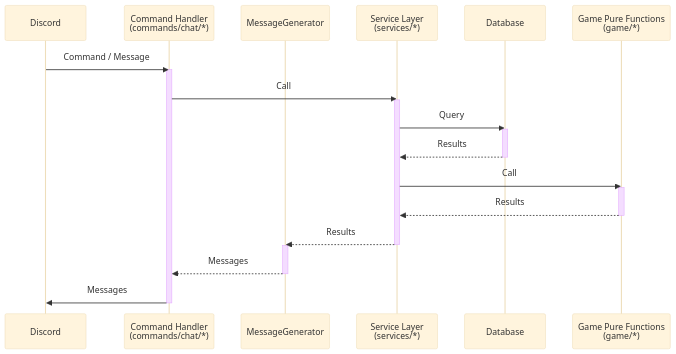
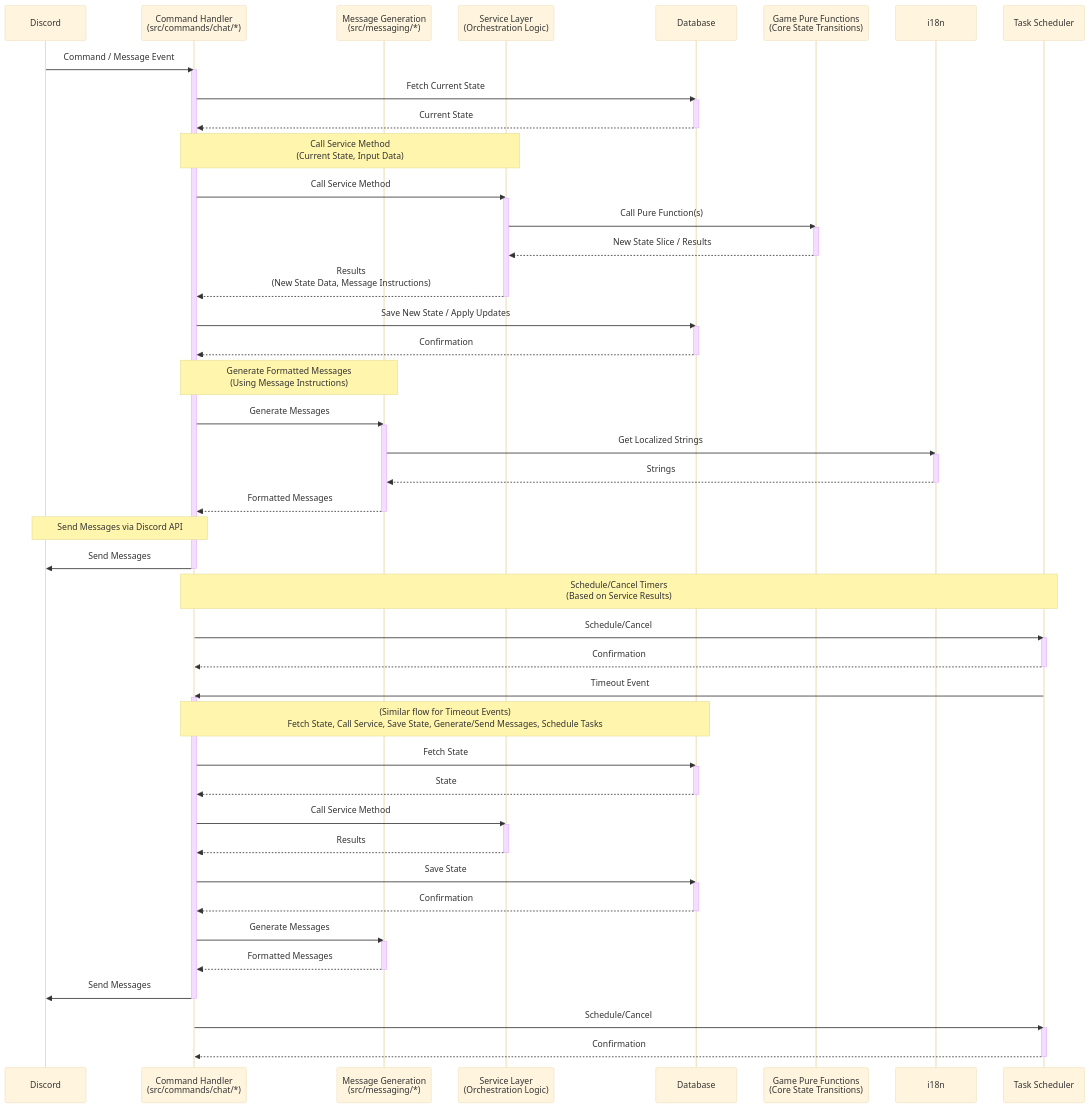
Before and after one commit to JonathanHarford/discord_epyc_ts: the diagram in docs/PRD.md, drawn with Mermaid (base theme). The commit also changed other lines of this file and 4 other files, not shown here.

````diff
--- a/docs/PRD.md
+++ b/docs/PRD.md
@@ -94,32 +125,83 @@
 ```mermaid
 sequenceDiagram
     participant Discord
-    participant CommandHandler as Command Handler<br/>(commands/chat/*)
-    participant MessageGenerator
-    participant ServiceLayer as Service Layer<br/>(services/*)
+    participant CommandHandler as Command Handler<br/>(src/commands/chat/*)
+    participant MessageLayer as Message Generation<br/>(src/messaging/*) # this layer formats messages based on structured data
+    participant ServiceLayer as Service Layer<br/>(Orchestration Logic) # returns structured data AND message instructions
     participant Database
-    participant PureLogic as Game Pure Functions<br/>(game/*)
-    
+    participant PureLogic as Game Pure Functions<br/>(Core State Transitions)
+    participant i18n
+    participant TaskScheduler as Task Scheduler
 
-    Discord->>CommandHandler: Command / Message
+    Discord->>CommandHandler: Command / Message Event
     activate CommandHandler
-    CommandHandler->>ServiceLayer: Call
+    CommandHandler->>Database: Fetch Current State
+    activate Database
+    Database-->>CommandHandler: Current State
+    deactivate Database
+
+    Note over CommandHandler,ServiceLayer: Call Service Method<br/>(Current State, Input Data)
+    CommandHandler->>ServiceLayer: Call Service Method
     activate ServiceLayer
-    ServiceLayer->>Database: Query
-    activate Database
-    Database-->>ServiceLayer: Results
-    deactivate Database
-    ServiceLayer->>PureLogic: Call
+
+    ServiceLayer->>PureLogic: Call Pure Function(s)
     activate PureLogic
-    PureLogic-->>ServiceLayer: Results
+    PureLogic-->>ServiceLayer: New State Slice / Results
     deactivate PureLogic
-    ServiceLayer-->>MessageGenerator: Results
+
+    ServiceLayer-->>CommandHandler: Results<br/>(New State Data, Message Instructions)
     deactivate ServiceLayer
 
-    activate MessageGenerator
-    MessageGenerator-->>CommandHandler: Messages
-    deactivate MessageGenerator
-    
-    CommandHandler->>Discord: Messages
+    CommandHandler->>Database: Save New State / Apply Updates
+    activate Database
+    Database-->>CommandHandler: Confirmation
+    deactivate Database
+
+    Note over CommandHandler,MessageLayer: Generate Formatted Messages<br/>(Using Message Instructions)
+    CommandHandler->>MessageLayer: Generate Messages
+    activate MessageLayer
+    MessageLayer->>i18n: Get Localized Strings
+    activate i18n
+    i18n-->>MessageLayer: Strings
+    deactivate i18n
+    MessageLayer-->>CommandHandler: Formatted Messages
+    deactivate MessageLayer
+
+    Note over CommandHandler,Discord: Send Messages via Discord API
+    CommandHandler->>Discord: Send Messages
     deactivate CommandHandler
+
+    Note over CommandHandler,TaskScheduler: Schedule/Cancel Timers<br/>(Based on Service Results)
+    CommandHandler->>TaskScheduler: Schedule/Cancel
+    activate TaskScheduler
+    TaskScheduler-->>CommandHandler: Confirmation
+    deactivate TaskScheduler
+
+    TaskScheduler->>CommandHandler: Timeout Event
+    activate CommandHandler
+    Note over CommandHandler,Database: (Similar flow for Timeout Events)<br/>Fetch State, Call Service, Save State, Generate/Send Messages, Schedule Tasks
+    CommandHandler->>Database: Fetch State
+    activate Database
+    Database-->>CommandHandler: State
+    deactivate Database
+    CommandHandler->>ServiceLayer: Call Service Method
+    activate ServiceLayer
+    ServiceLayer-->>CommandHandler: Results
+    deactivate ServiceLayer
+    CommandHandler->>Database: Save State
+    activate Database
+    Database-->>CommandHandler: Confirmation
+    deactivate Database
+    CommandHandler->>MessageLayer: Generate Messages
+    activate MessageLayer
+    MessageLayer-->>CommandHandler: Formatted Messages
+    deactivate MessageLayer
+    CommandHandler->>Discord: Send Messages
+    deactivate CommandHandler
+    CommandHandler->>TaskScheduler: Schedule/Cancel
+    activate TaskScheduler
+    TaskScheduler-->>CommandHandler: Confirmation
+    deactivate TaskScheduler
+
+
 ```
````
